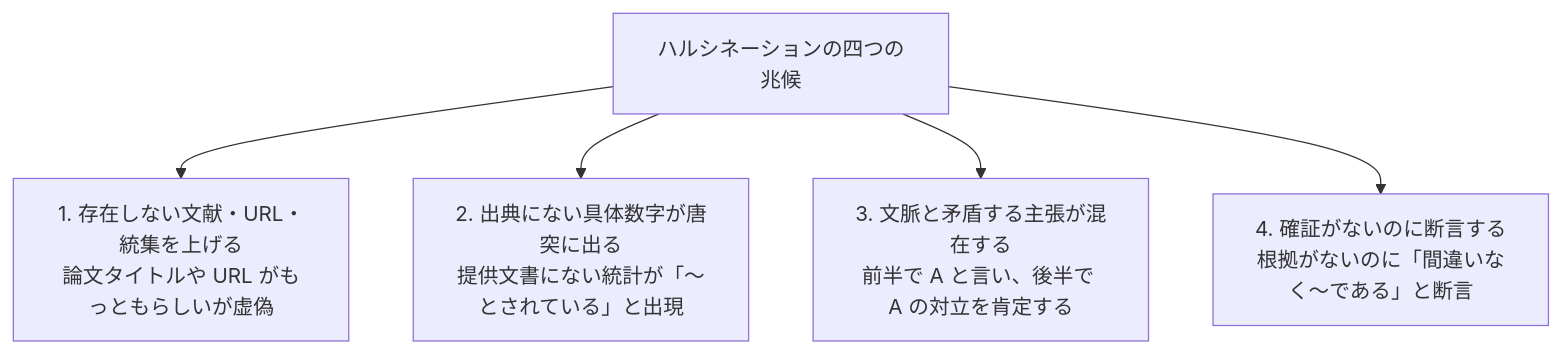
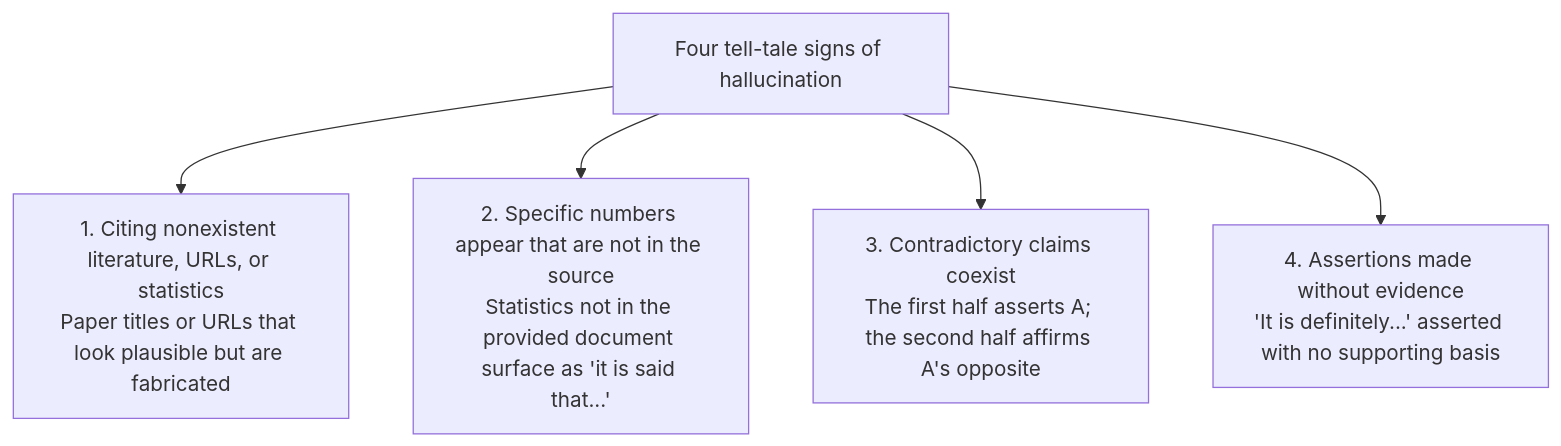
Before and after one commit to AbdullahMufti/ccao-f-guide: the second of 19 diagrams in guide.md, drawn with Mermaid. The commit also changed other lines of this file and 3 other files, not shown here.

````diff
--- a/guide.md
+++ b/guide.md
@@ -228,8 +228,8 @@
 ```mermaid
 graph TB
-    H["ハルシネーションの四つの兆候"]
-    H --> P1["1. 存在しない文献・URL・統集を上げる<br/>論文タイトルや URL がもっともらしいが虚偽"]
-    H --> P2["2. 出典にない具体数字が唐突に出る<br/>提供文書にない統計が「〜とされている」と出現"]
-    H --> P3["3. 文脈と矛盾する主張が混在する<br/>前半で A と言い、後半で A の対立を肯定する"]
-    H --> P4["4. 確証がないのに断言する<br/>根拠がないのに「間違いなく〜である」と断言"]
+    H["Four tell-tale signs of hallucination"]
+    H --> P1["1. Citing nonexistent literature, URLs, or statistics<br/>Paper titles or URLs that look plausible but are fabricated"]
+    H --> P2["2. Specific numbers appear that are not in the source<br/>Statistics not in the provided document surface as 'it is said that...'"]
+    H --> P3["3. Contradictory claims coexist<br/>The first half asserts A; the second half affirms A's opposite"]
+    H --> P4["4. Assertions made without evidence<br/>'It is definitely...' asserted with no supporting basis"]
 ```
````
